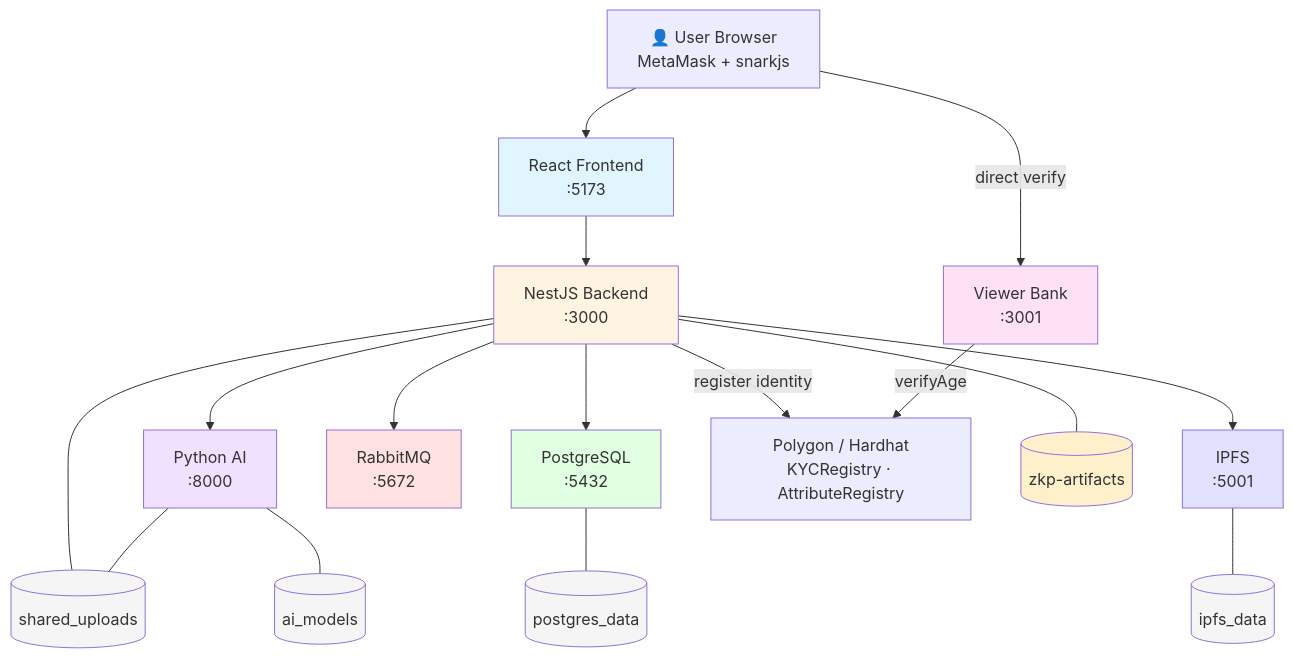
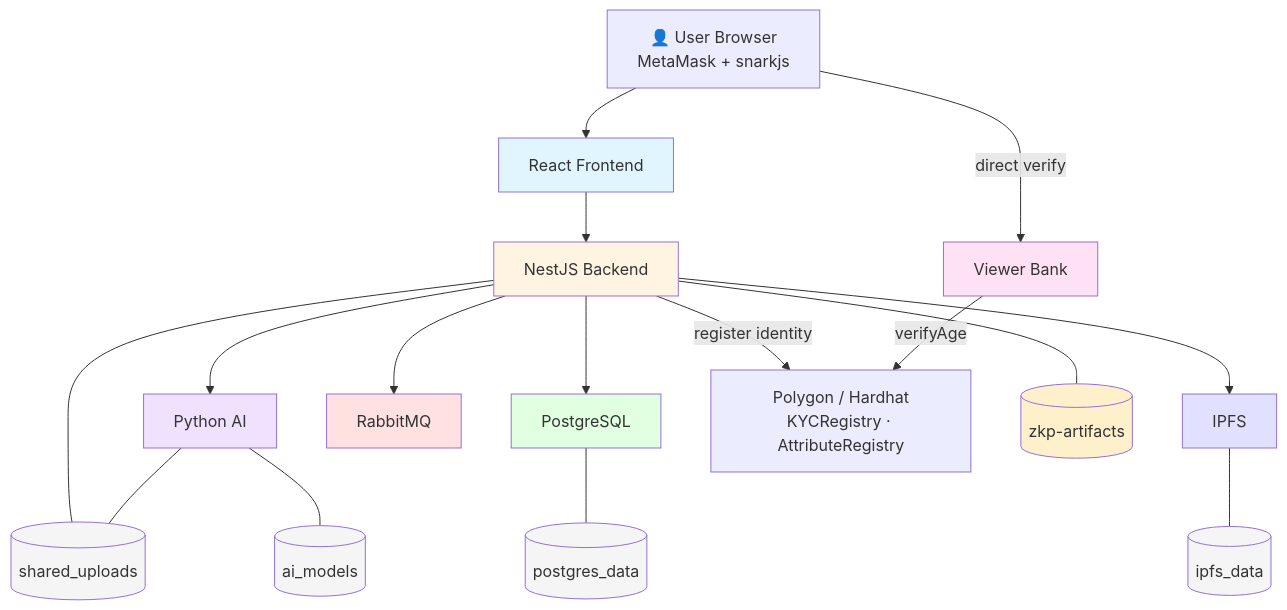
One commit to imanhmz/ekyc changed the diagram in Thesis/Digrams/Docker.md. Above: the diagram before and after it, drawn with Mermaid.

Commit message:
Refactor Mermaid graph in Docker.md for clarity

````diff
--- a/Thesis/Digrams/Docker.md
+++ b/Thesis/Digrams/Docker.md
@@ -1,45 +1,42 @@
 ```mermaid
-graph TD
+ graph TD
     USER[👤 User Browser\nMetaMask + snarkjs]
-
-    C6[React Frontend\n:5173]
-    C4[NestJS Backend\n:3000]
-    C5[Python AI\n:8000]
-    C1[PostgreSQL\n:5432]
-    C2[RabbitMQ\n:5672]
-    C3[IPFS\n:5001]
-    C7[Viewer Bank\n:3001]
+    C6[React Frontend]
+    C4[NestJS Backend]
+    C5[Python AI]
+    C1[PostgreSQL]
+    C2[RabbitMQ]
+    C3[IPFS]
+    C7[Viewer Bank]
     BC[Polygon / Hardhat\nKYCRegistry · AttributeRegistry]
-
     V1[(postgres_data)]
     V2[(ipfs_data)]
     V3[(shared_uploads)]
     V4[(ai_models)]
     V5[(zkp-artifacts)]
 
     USER --> C6 --> C4
     C4 --> C5
     C4 --> C1 & C2 & C3
     C4 -->|register identity| BC
     C7 -->|verifyAge| BC
     USER -->|direct verify| C7
-
     C1 --- V1
     C3 --- V2
     C4 --- V3 & V5
     C5 --- V3 & V4
 
     style C1 fill:#e1ffe1
     style C2 fill:#ffe1e1
     style C3 fill:#e1e1ff
     style C4 fill:#fff4e1
     style C5 fill:#f0e1ff
     style C6 fill:#e1f5ff
     style C7 fill:#ffe1f5
     style V1 fill:#f5f5f5
     style V2 fill:#f5f5f5
     style V3 fill:#f5f5f5
     style V4 fill:#f5f5f5
     style V5 fill:#fff0cc
 
 ```
````
